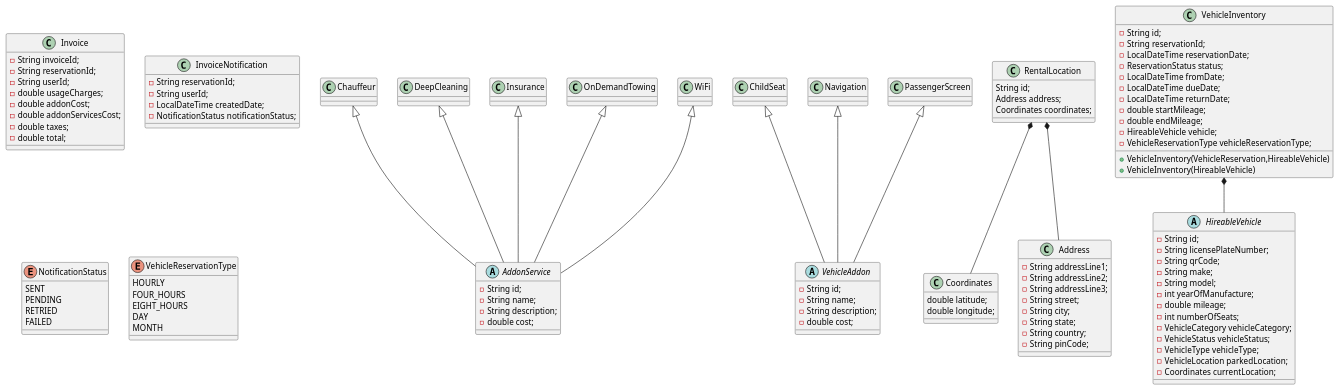
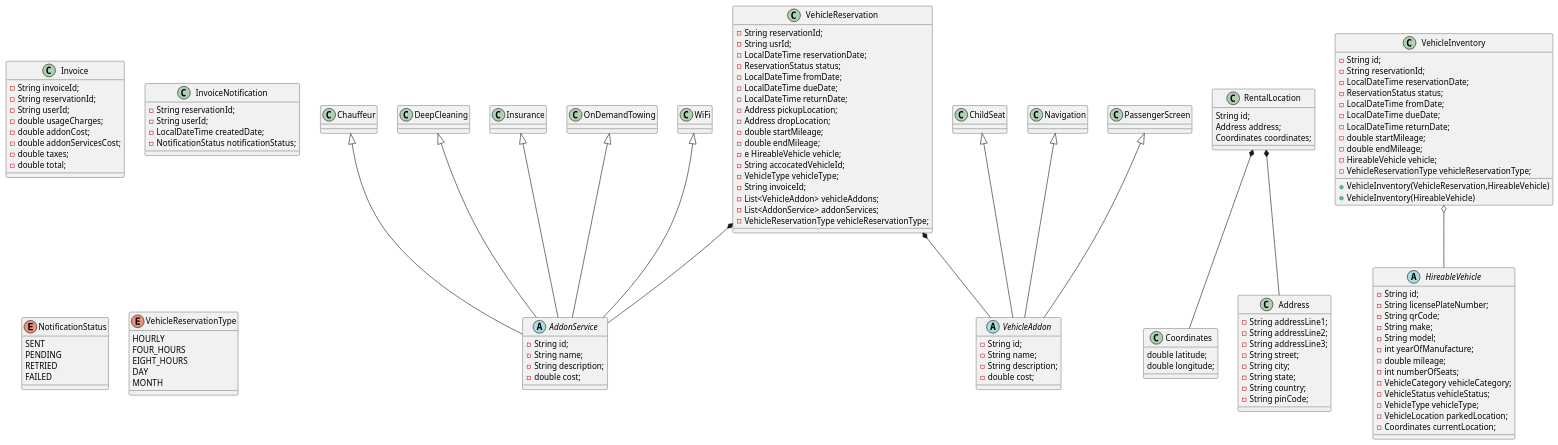
The diagram in src/main/resources/Reservation.puml (gopalbala/carrental), drawn with PlantUML before and after one commit.

Commit message:
Added vehicle reservation

```diff
--- a/src/main/resources/Reservation.puml
+++ b/src/main/resources/Reservation.puml
@@ -1,130 +1,155 @@
 @startuml
 class Invoice {
 -String invoiceId;
 -String reservationId;
 -String userId;
 -double usageCharges;
 -double addonCost;
 -double addonServicesCost;
 -double taxes;
 -double total;
 }
 
 class InvoiceNotification {
 -String reservationId;
 -String userId;
 -LocalDateTime createdDate;
 -NotificationStatus notificationStatus;
 }
 
 abstract class AddonService {
 -String id;
 -String name;
 -String description;
 -double cost;
 }
 
 class Chauffeur {
 }
 class DeepCleaning{
 }
 class Insurance{
 }
 class OnDemandTowing{
 }
 class WiFi{
 }
 Chauffeur <|-- AddonService
 DeepCleaning <|-- AddonService
 Insurance <|-- AddonService
 OnDemandTowing <|-- AddonService
 WiFi <|-- AddonService
 
 abstract class VehicleAddon {
 -String id;
 -String name;
 -String description;
 -double cost;
 }
 class ChildSeat{
 }
 class Navigation{
 }
 class PassengerScreen{
 }
 ChildSeat <|-- VehicleAddon
 Navigation <|-- VehicleAddon
 PassengerScreen <|-- VehicleAddon
 
 class RentalLocation {
 String id;
 Address address;
 Coordinates coordinates;
 }
 class Coordinates {
 double latitude;
 double longitude;
 }
 class Address {
 -String addressLine1;
 -String addressLine2;
 -String addressLine3;
 -String street;
 -String city;
 -String state;
 -String country;
 -String pinCode;
 }
 RentalLocation *--Address
-RentalLocation*--Coordinates
+RentalLocation *--Coordinates
 
 class VehicleInventory {
 -String id;
 -String reservationId;
 -LocalDateTime reservationDate;
 -ReservationStatus status;
 -LocalDateTime fromDate;
 -LocalDateTime dueDate;
 -LocalDateTime returnDate;
 -double startMileage;
 -double endMileage;
 -HireableVehicle vehicle;
 -VehicleReservationType vehicleReservationType;
 +VehicleInventory(VehicleReservation,HireableVehicle)
 +VehicleInventory(HireableVehicle)
 
 }
 
 abstract class HireableVehicle {
     - String id;
     - String licensePlateNumber;
     - String qrCode;
     - String make;
     - String model;
     - int yearOfManufacture;
     - double mileage;
     - int numberOfSeats;
     - VehicleCategory vehicleCategory;
     - VehicleStatus vehicleStatus;
     - VehicleType vehicleType;
     - VehicleLocation parkedLocation;
     - Coordinates currentLocation;
 
 }
-VehicleInventory *-- HireableVehicle
+VehicleInventory o-- HireableVehicle
+
+class VehicleReservation {
+-String reservationId;
+-String usrId;
+-LocalDateTime reservationDate;
+-ReservationStatus status;
+-LocalDateTime fromDate;
+-LocalDateTime dueDate;
+-LocalDateTime returnDate;
+-Address pickupLocation;
+-Address dropLocation;
+-double startMileage;
+-double endMileage;
+-e HireableVehicle vehicle;
+-String accocatedVehicleId;
+-VehicleType vehicleType;
+-String invoiceId;
+-List<VehicleAddon> vehicleAddons;
+-List<AddonService> addonServices;
+-VehicleReservationType vehicleReservationType;
+}
+
+VehicleReservation *-- VehicleAddon
+VehicleReservation *-- AddonService
 
 enum NotificationStatus {
     SENT
     PENDING
     RETRIED
     FAILED
 }
 
 enum VehicleReservationType {
     HOURLY
     FOUR_HOURS
     EIGHT_HOURS
     DAY
     MONTH
 }
+
 @enduml
```
